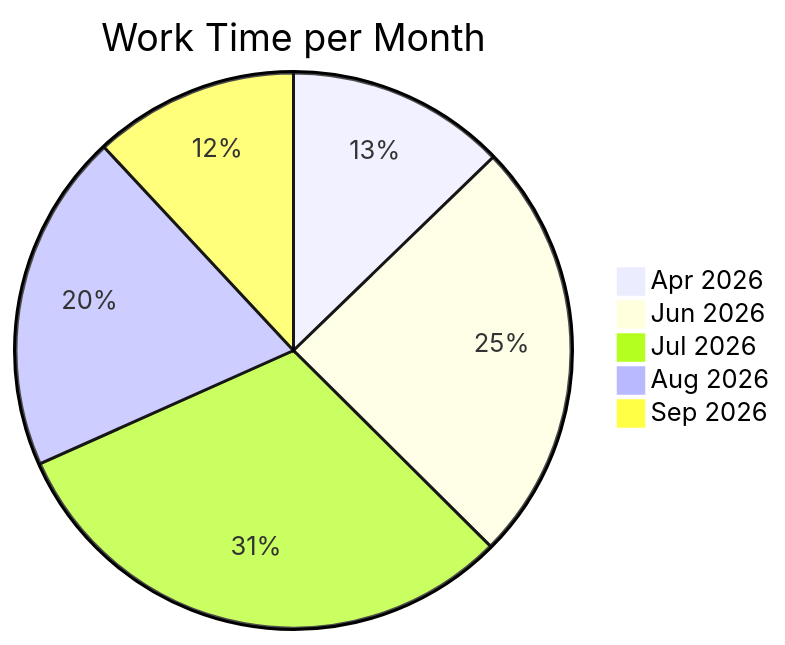
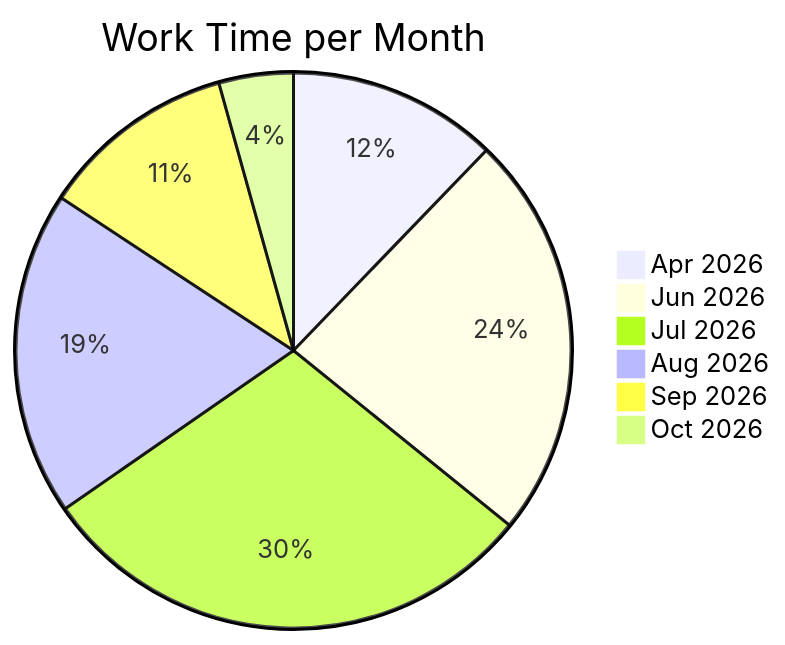
The diagram in README.md (notWetro/time-tracker), drawn with Mermaid before and after one commit. The commit also changed other lines of this file and 1 other file, not shown here.

Commit message:
updated worktime

````diff
--- a/README.md
+++ b/README.md
@@ -13,9 +14,10 @@
 ```mermaid
 pie
     title Work Time per Month
     "Apr 2026" : 3.1
     "Jun 2026" : 6.0
     "Jul 2026" : 7.5
     "Aug 2026" : 4.8
     "Sep 2026" : 2.9
+    "Oct 2026" : 1.1
 ```
````
